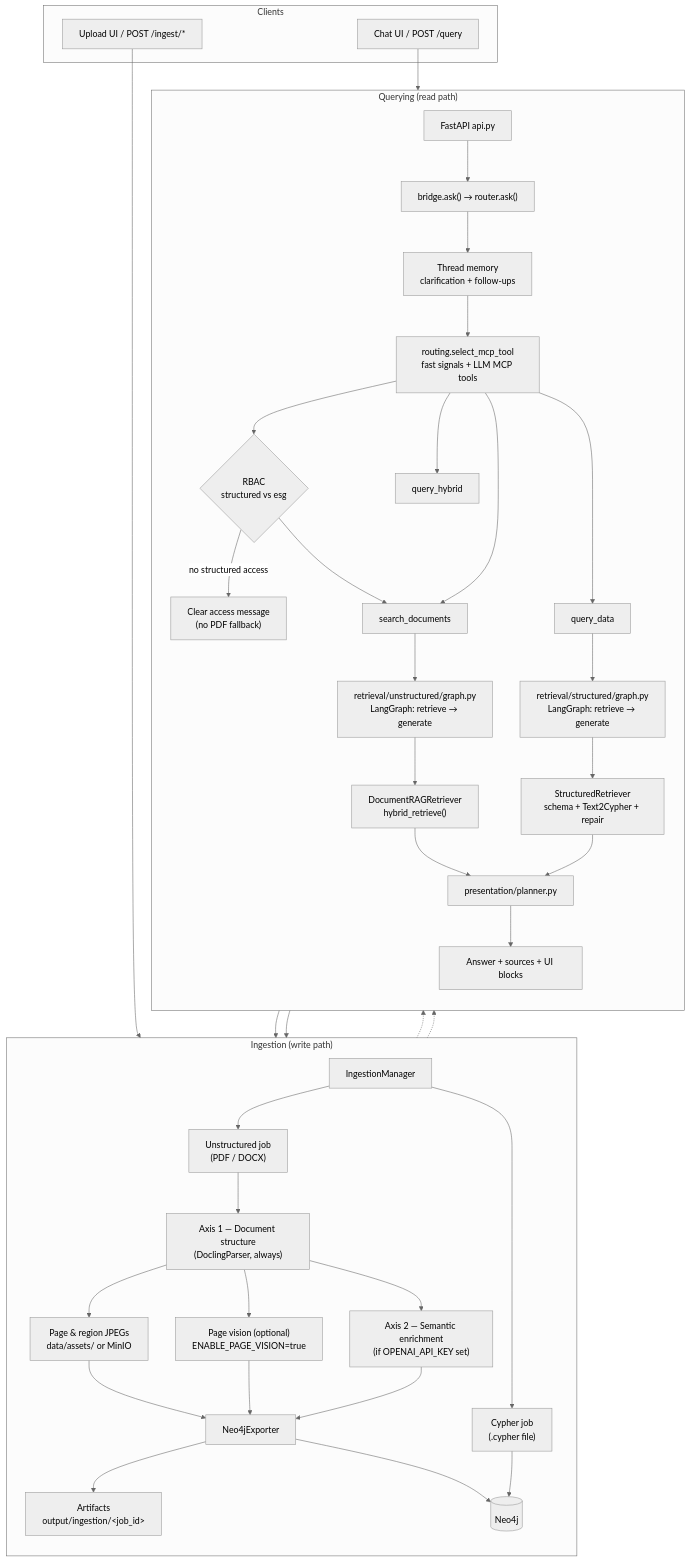
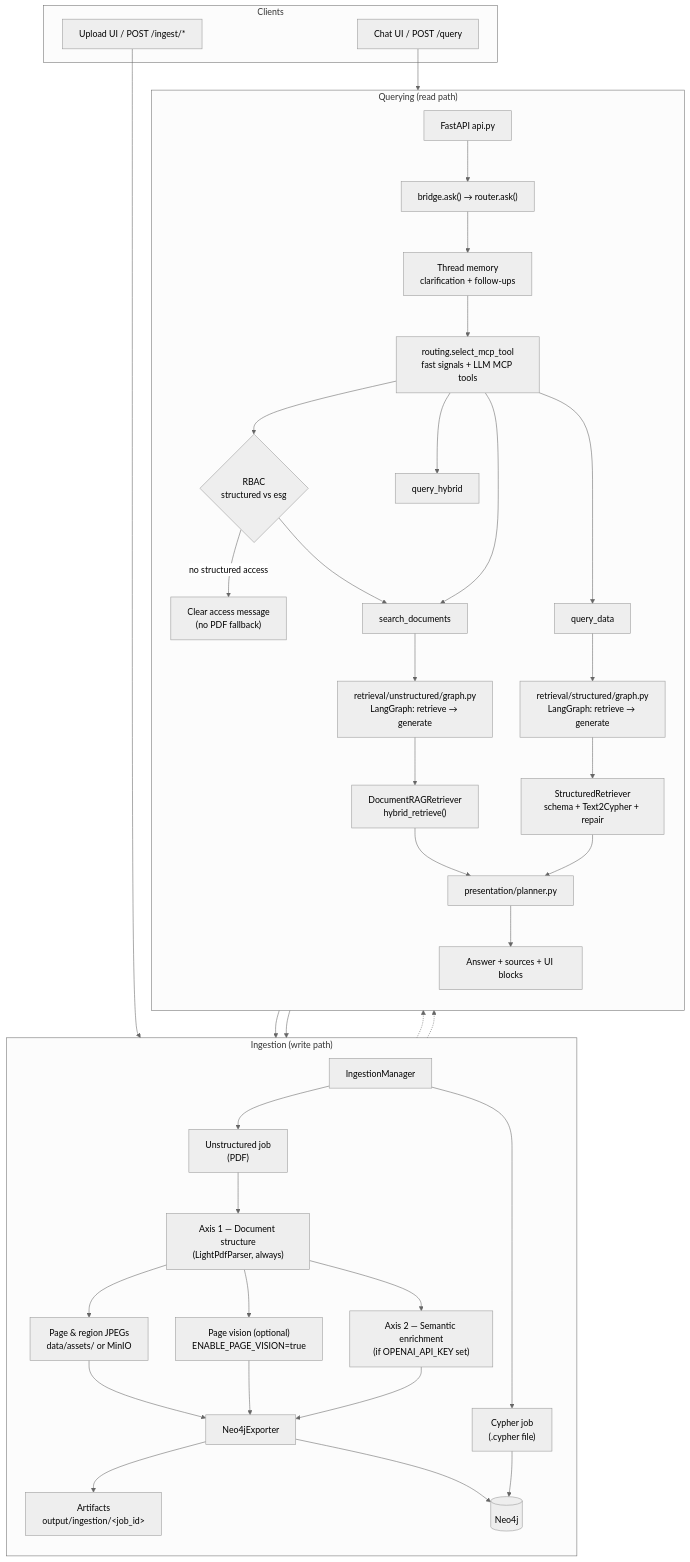
The first of 3 diagrams in README.md (umerjavaidkh/agentic_graph_rag), drawn with Mermaid (neutral theme) before and after one commit. The commit also changed other lines of this file and 16 other files, not shown here.

First line of the commit message:
Replace Docling with lightweight PyMuPDF/pdfplumber PDF parser.

````diff
--- a/README.md
+++ b/README.md
@@ -520,57 +520,57 @@
 ```mermaid
 flowchart TB
     subgraph Clients["Clients"]
         CHAT["Chat UI / POST /query"]
         UP["Upload UI / POST /ingest/*"]
     end
 
     subgraph Ingest["Ingestion (write path)"]
         direction TB
         UP --> IM["IngestionManager"]
-        IM --> U["Unstructured job<br/>(PDF / DOCX)"]
+        IM --> U["Unstructured job<br/>(PDF)"]
         IM --> C["Cypher job<br/>(.cypher file)"]
 
-        U --> A1["Axis 1 — Document structure<br/>(DoclingParser, always)"]
+        U --> A1["Axis 1 — Document structure<br/>(LightPdfParser, always)"]
         A1 --> ASSETS["Page & region JPEGs<br/>data/assets/ or MinIO"]
         A1 --> VISION["Page vision (optional)<br/>ENABLE_PAGE_VISION=true"]
         A1 --> A2["Axis 2 — Semantic enrichment<br/>(if OPENAI_API_KEY set)"]
         ASSETS --> EXP["Neo4jExporter"]
         VISION --> EXP
         A2 --> EXP
         EXP --> ART["Artifacts<br/>output/ingestion/&lt;job_id&gt;"]
         EXP --> NEO4J[("Neo4j")]
 
         C --> NEO4J
     end
 
     subgraph Query["Querying (read path)"]
         direction TB
         CHAT --> API["FastAPI api.py"]
         API --> ASK["bridge.ask() → router.ask()"]
         ASK --> TM["Thread memory<br/>clarification + follow-ups"]
         TM --> ROUTE["routing.select_mcp_tool<br/>fast signals + LLM MCP tools"]
         ROUTE --> RBAC{"RBAC<br/>structured vs esg"}
 
         RBAC -->|no structured access| DENY["Clear access message<br/>(no PDF fallback)"]
         RBAC --> SD
         ROUTE --> SD["search_documents"]
         ROUTE --> QD["query_data"]
         ROUTE --> HY["query_hybrid"]
 
         SD --> LGU["retrieval/unstructured/graph.py<br/>LangGraph: retrieve → generate"]
         QD --> LGS["retrieval/structured/graph.py<br/>LangGraph: retrieve → generate"]
 
         LGU --> DR["DocumentRAGRetriever<br/>hybrid_retrieve()"]
         LGS --> SR["StructuredRetriever<br/>schema + Text2Cypher + repair"]
 
         DR --> NEO4J
         SR --> NEO4J
 
         DR --> PRES["presentation/planner.py"]
         SR --> PRES
         PRES --> ANS["Answer + sources + UI blocks"]
     end
 
     NEO4J -.-> DR
     NEO4J -.-> SR
 ```
````
